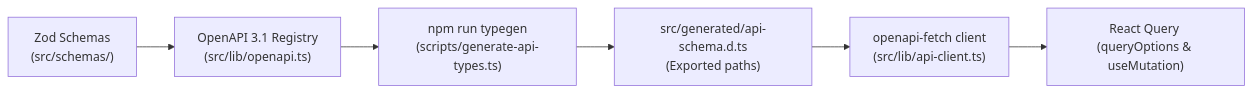
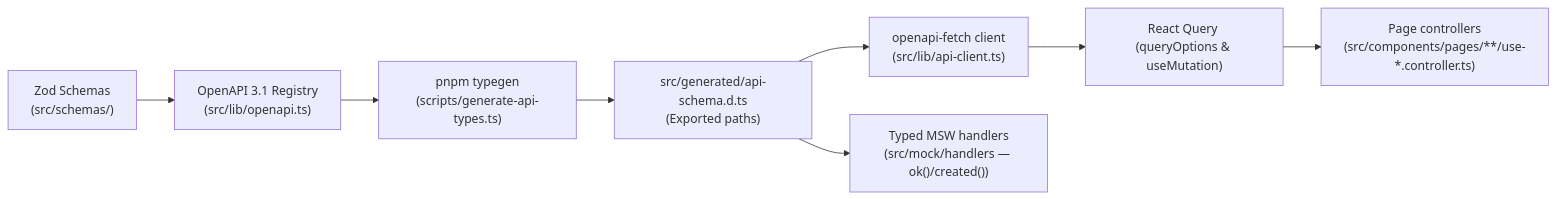
Before and after one commit to Abbas4tech/GhostMsg: the diagram in docs/04-api-and-type-safety.md, drawn with Mermaid. The commit also changed 394 other files, not shown here.

Commit message:
feat(components): four-tier architecture, Storybook 10 story-driven testing, MSW and generated docs

````diff
--- a/docs/04-api-and-type-safety.md
+++ b/docs/04-api-and-type-safety.md
@@ -9,8 +9,10 @@
 ```mermaid
 flowchart LR
     A["Zod Schemas\n(src/schemas/)"] --> B["OpenAPI 3.1 Registry\n(src/lib/openapi.ts)"]
-    B --> C["npm run typegen\n(scripts/generate-api-types.ts)"]
+    B --> C["pnpm typegen\n(scripts/generate-api-types.ts)"]
     C --> D["src/generated/api-schema.d.ts\n(Exported paths)"]
     D --> E["openapi-fetch client\n(src/lib/api-client.ts)"]
     E --> F["React Query (queryOptions & useMutation)"]
+    D --> G["Typed MSW handlers\n(src/mock/handlers — ok()/created())"]
+    F --> H["Page controllers\n(src/components/pages/**/use-*.controller.ts)"]
 ```
````
